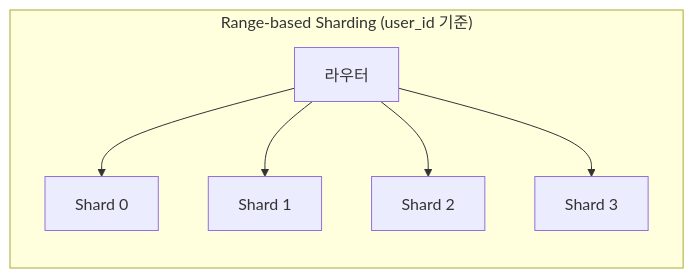
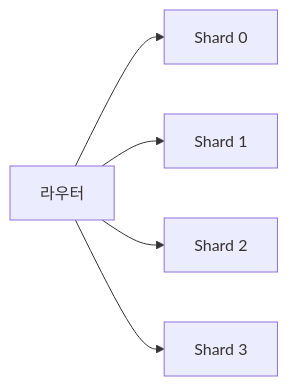
One commit to yjkim2015/yjkim2015.github.io changed the third of 13 diagrams in _posts/db/2026-05-01-db-sharding.md. Above: the diagram before and after it, drawn with Mermaid. The commit also changed other lines of this file and 155 other files, not shown here.

First line of the commit message:
Mermaid 전면 수정: subgraph 제거, participant/노드/줄수 축소 (342블록)

````diff
--- a/_posts/db/2026-05-01-db-sharding.md
+++ b/_posts/db/2026-05-01-db-sharding.md
@@ -83,9 +77,7 @@
 ```mermaid
 graph LR
-    subgraph "Range-based Sharding (user_id 기준)"
-        R["라우터"] --> SH0["Shard 0"]
-        R --> SH1["Shard 1"]
-        R --> SH2["Shard 2"]
-        R --> SH3["Shard 3"]
-    end
+    R["라우터"] --> SH0["Shard 0"]
+    R --> SH1["Shard 1"]
+    R --> SH2["Shard 2"]
+    R --> SH3["Shard 3"]
 ```
````
